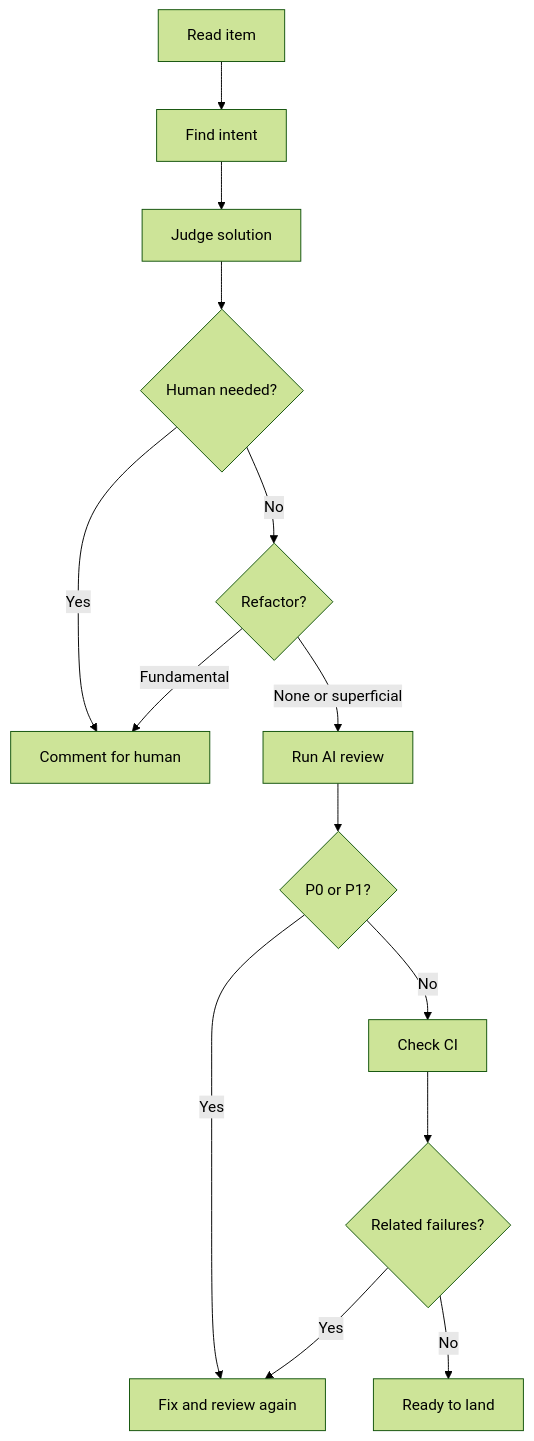
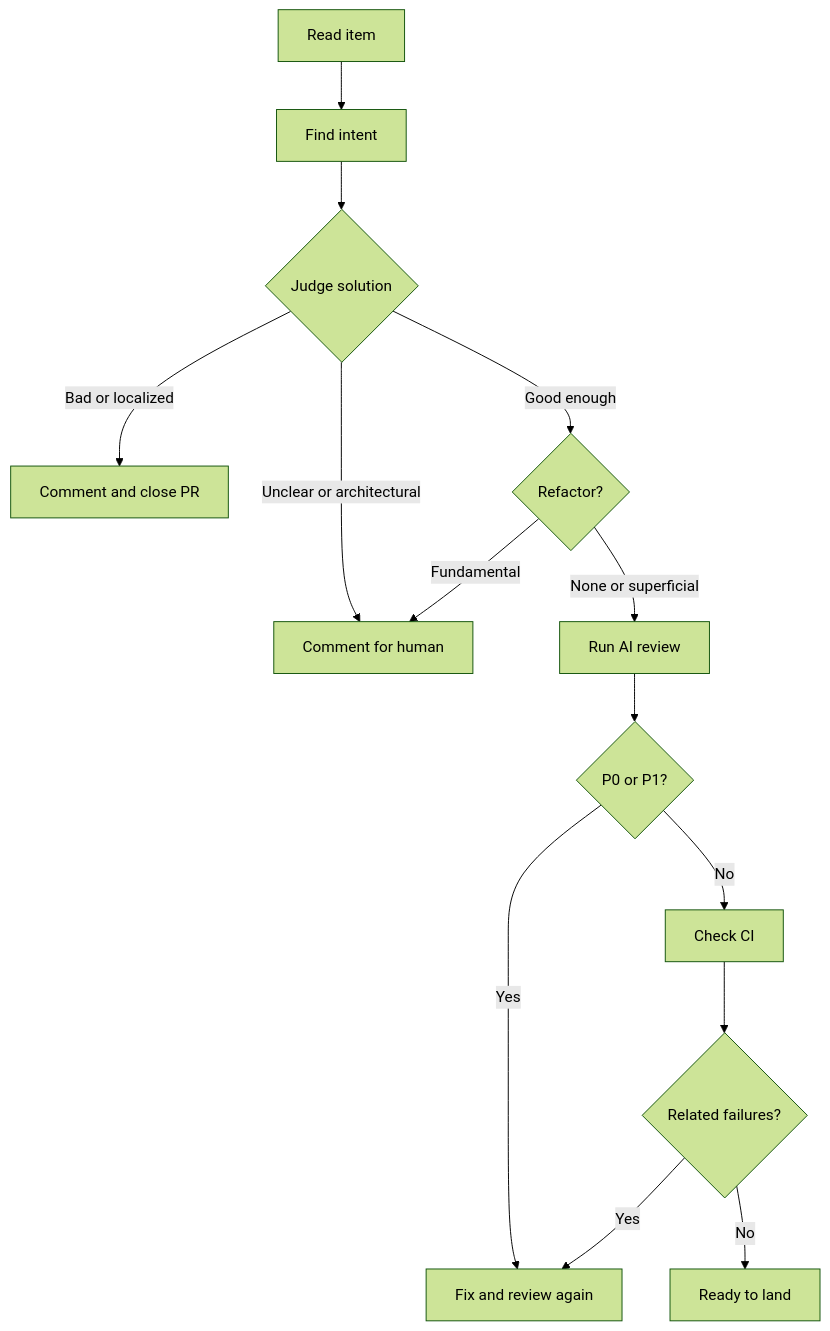
The diagram in agents/prompts/pr-issue-triage.md (osolmaz/tools), drawn with Mermaid (forest theme) before and after one commit. The commit also changed other lines of this file, not shown here.

Commit message:
docs: close bad or localized PR fixes in triage prompt

````diff
--- a/agents/prompts/pr-issue-triage.md
+++ b/agents/prompts/pr-issue-triage.md
@@ -5,16 +5,16 @@
 ```mermaid
 flowchart TD
     A[Read item] --> B[Find intent]
-    B --> C[Judge solution]
-    C --> D{Human needed?}
-    D -->|Yes| E[Comment for human]
-    D -->|No| F{Refactor?}
+    B --> C{Judge solution}
+    C -->|Bad or localized| D[Comment and close PR]
+    C -->|Unclear or architectural| E[Comment for human]
+    C -->|Good enough| F{Refactor?}
     F -->|Fundamental| E
     F -->|None or superficial| G[Run AI review]
     G --> H{P0 or P1?}
     H -->|Yes| I[Fix and review again]
     H -->|No| J[Check CI]
     J --> K{Related failures?}
     K -->|Yes| I
     K -->|No| L[Ready to land]
 ```
````
